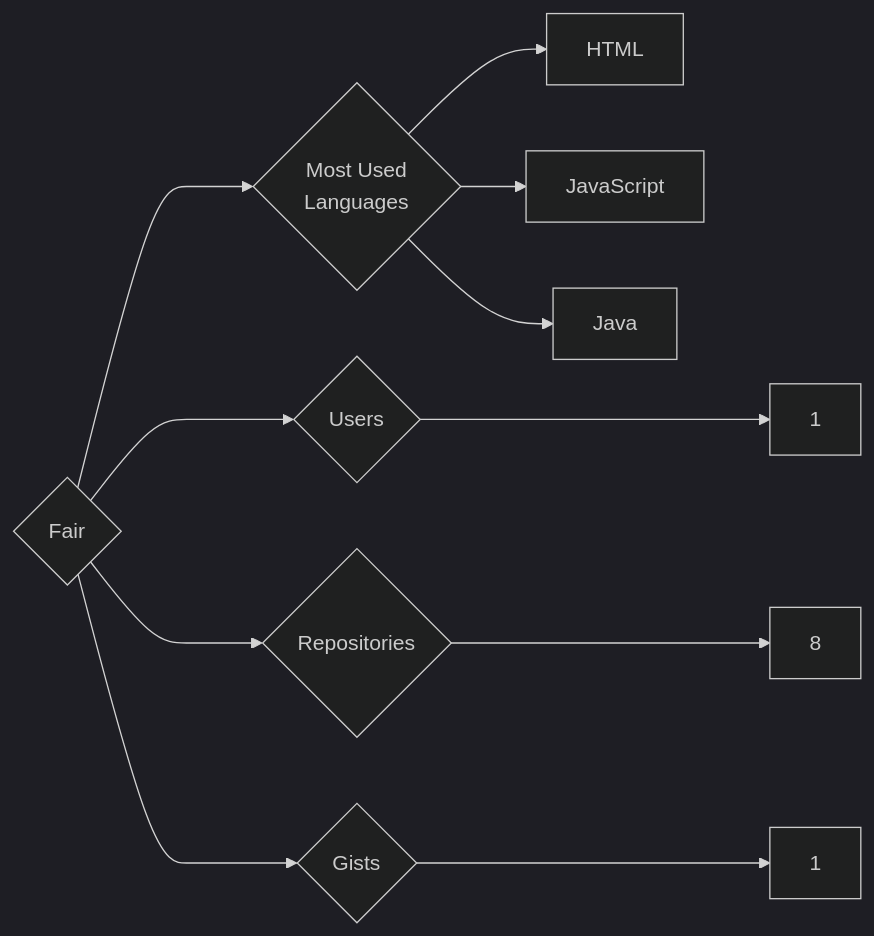
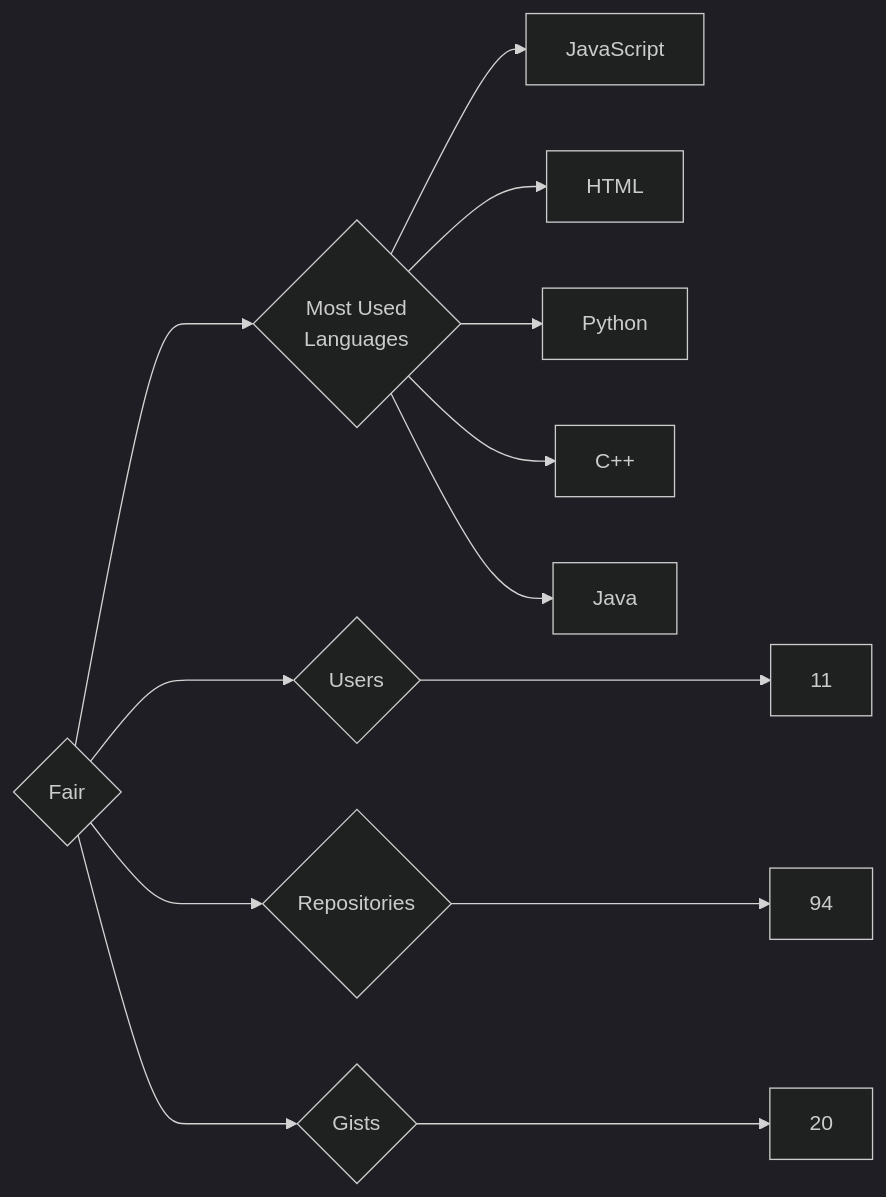
Before and after one commit to trickest/insiders: the diagram in targets/Fair/README.md, drawn with Mermaid (dark theme). The commit also changed 916 other files, not shown here.

````diff
--- a/targets/Fair/README.md
+++ b/targets/Fair/README.md
@@ -3,11 +3,13 @@
 ```mermaid
 graph LR
 COMPANY_NAME{Fair}
-COMPANY_NAME ---> U{Users} ---> UN[1]
-COMPANY_NAME ---> R{Repositories} ---> RN[8]
-COMPANY_NAME ---> G{Gists} ---> GN[1]
+COMPANY_NAME ---> U{Users} ---> UN[11]
+COMPANY_NAME ---> R{Repositories} ---> RN[94]
+COMPANY_NAME ---> G{Gists} ---> GN[20]
 COMPANY_NAME ---> ML{Most Used<br>Languages}
+ML --> JavaScript[JavaScript]
 ML --> HTML[HTML]
-ML --> JavaScript[JavaScript]
+ML --> Python[Python]
+ML --> C++[C++]
 ML --> Java[Java]
 ```
````
